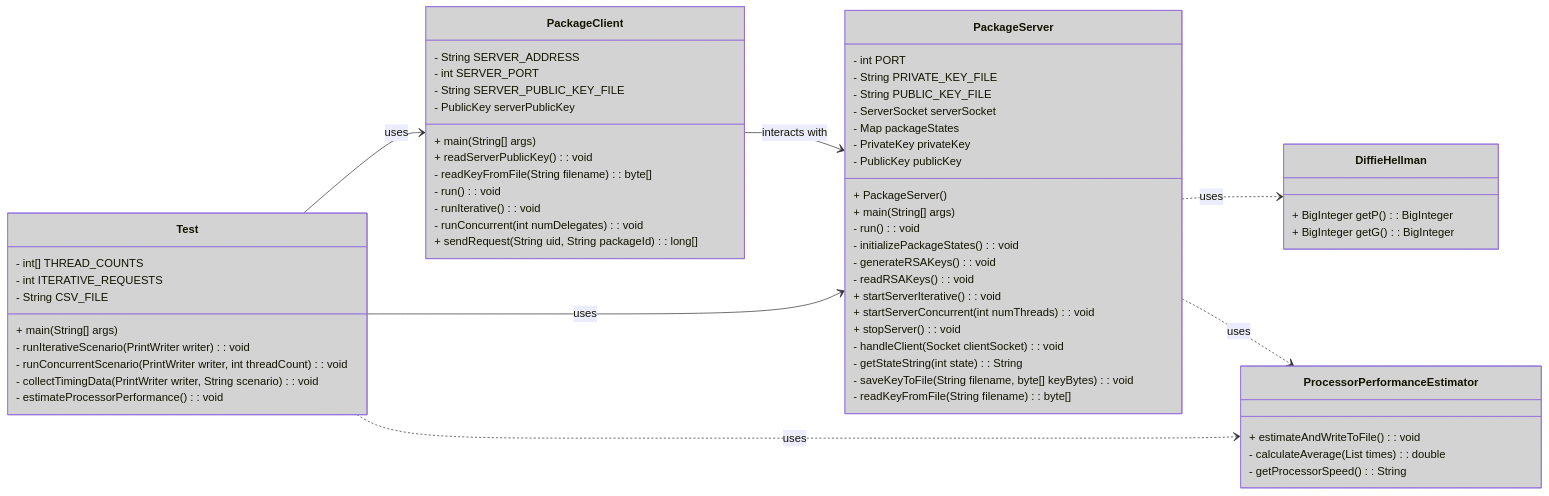
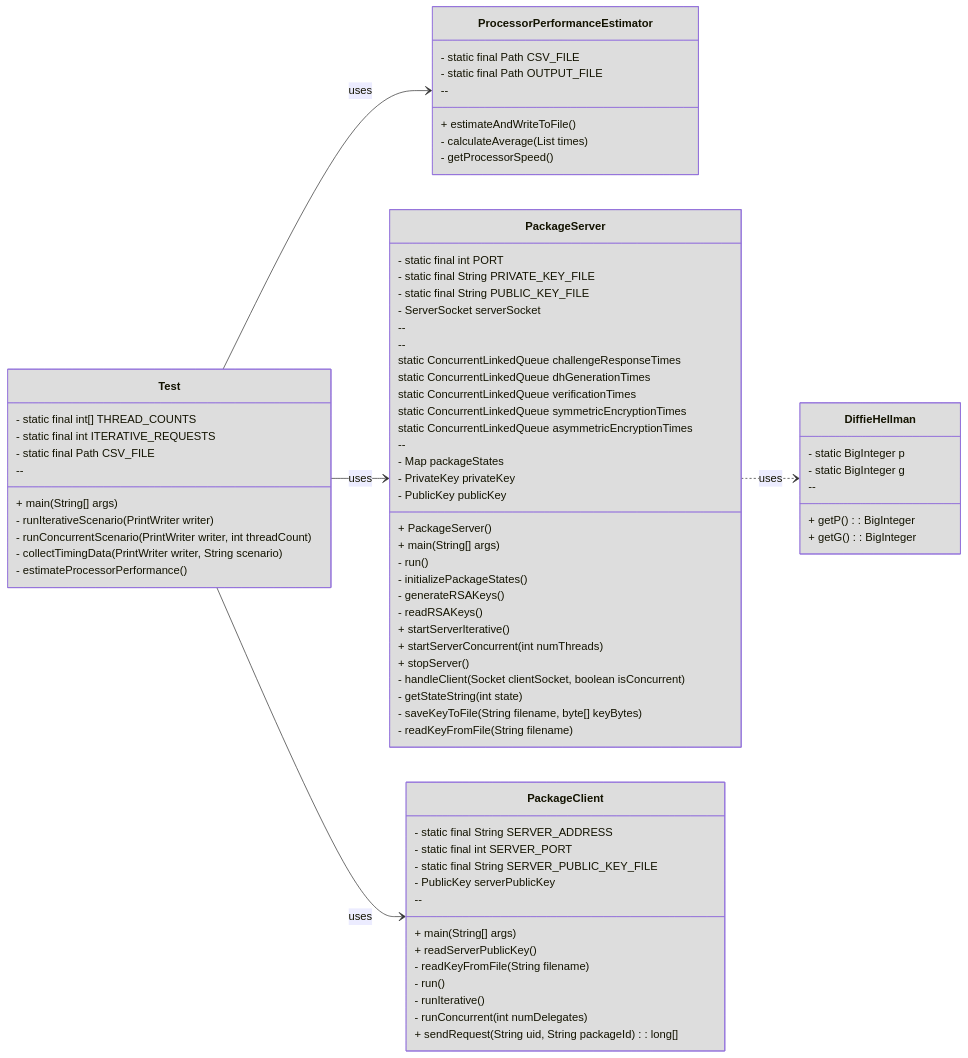
The diagram in README.md (jjdiazo1/SecurePackageTracking), drawn with Mermaid before and after one commit.

````diff
--- a/README.md
+++ b/README.md
@@ -4,75 +4,89 @@
 ```mermaid
 classDiagram
-    direction LR
-    class PackageClient {
-        - String SERVER_ADDRESS
-        - int SERVER_PORT
-        - String SERVER_PUBLIC_KEY_FILE
-        - PublicKey serverPublicKey
-        + main(String[] args)
-        + readServerPublicKey() : void
-        - readKeyFromFile(String filename) : byte[]
-        - run() : void
-        - runIterative() : void
-        - runConcurrent(int numDelegates) : void
-        + sendRequest(String uid, String packageId) : long[]
-    }
+direction LR
+class Test {
+    - static final int[] THREAD_COUNTS
+    - static final int ITERATIVE_REQUESTS
+    - static final Path CSV_FILE
+    --
+    + main(String[] args)
+    - runIterativeScenario(PrintWriter writer)
+    - runConcurrentScenario(PrintWriter writer, int threadCount)
+    - collectTimingData(PrintWriter writer, String scenario)
+    - estimateProcessorPerformance()
+}
+style Test fill:#DDDDDD
 
-    class PackageServer {
-        - int PORT
-        - String PRIVATE_KEY_FILE
-        - String PUBLIC_KEY_FILE
-        - ServerSocket serverSocket
-        - Map<String, Integer> packageStates
-        - PrivateKey privateKey
-        - PublicKey publicKey
-        + PackageServer()
-        + main(String[] args)
-        - run() : void
-        - initializePackageStates() : void
-        - generateRSAKeys() : void
-        - readRSAKeys() : void
-        + startServerIterative() : void
-        + startServerConcurrent(int numThreads) : void
-        + stopServer() : void
-        - handleClient(Socket clientSocket) : void
-        - getStateString(int state) : String
-        - saveKeyToFile(String filename, byte[] keyBytes) : void
-        - readKeyFromFile(String filename) : byte[]
-    }
+class ProcessorPerformanceEstimator {
+    - static final Path CSV_FILE
+    - static final Path OUTPUT_FILE
+    --
+    + estimateAndWriteToFile()
+    - calculateAverage(List<Long> times)
+    - getProcessorSpeed()
+}
+style ProcessorPerformanceEstimator fill:#DDDDDD
 
-    class DiffieHellman {
-        + BigInteger getP() : BigInteger
-        + BigInteger getG() : BigInteger
-    }
+class PackageServer {
+    - static final int PORT
+    - static final String PRIVATE_KEY_FILE
+    - static final String PUBLIC_KEY_FILE
+    - ServerSocket serverSocket
+    --
+    + PackageServer()
+    + main(String[] args)
+    - run()
+    - initializePackageStates()
+    - generateRSAKeys()
+    - readRSAKeys()
+    + startServerIterative()
+    + startServerConcurrent(int numThreads)
+    + stopServer()
+    - handleClient(Socket clientSocket, boolean isConcurrent)
+    - getStateString(int state)
+    - saveKeyToFile(String filename, byte[] keyBytes)
+    - readKeyFromFile(String filename)
+    --
+    static ConcurrentLinkedQueue<Long> challengeResponseTimes
+    static ConcurrentLinkedQueue<Long> dhGenerationTimes
+    static ConcurrentLinkedQueue<Long> verificationTimes
+    static ConcurrentLinkedQueue<Long> symmetricEncryptionTimes
+    static ConcurrentLinkedQueue<Long> asymmetricEncryptionTimes
+    --
+    - Map<String, Integer> packageStates
+    - PrivateKey privateKey
+    - PublicKey publicKey
+}
+style PackageServer fill:#DDDDDD
 
-    class ProcessorPerformanceEstimator {
-        + estimateAndWriteToFile() : void
-        - calculateAverage(List<Long> times) : double
-        - getProcessorSpeed() : String
-    }
+class PackageClient {
+    - static final String SERVER_ADDRESS
+    - static final int SERVER_PORT
+    - static final String SERVER_PUBLIC_KEY_FILE
+    - PublicKey serverPublicKey
+    --
+    + main(String[] args)
+    + readServerPublicKey()
+    - readKeyFromFile(String filename)
+    - run()
+    - runIterative()
+    - runConcurrent(int numDelegates)
+    + sendRequest(String uid, String packageId) : long[]
+}
+style PackageClient fill:#DDDDDD
 
-    class Test {
-        - int[] THREAD_COUNTS
-        - int ITERATIVE_REQUESTS
-        - String CSV_FILE
-        + main(String[] args)
-        - runIterativeScenario(PrintWriter writer) : void
-        - runConcurrentScenario(PrintWriter writer, int threadCount) : void
-        - collectTimingData(PrintWriter writer, String scenario) : void
-        - estimateProcessorPerformance() : void
-    }
+class DiffieHellman {
+    - static BigInteger p
+    - static BigInteger g
+    --
+    + getP() : BigInteger
+    + getG() : BigInteger
+}
+style DiffieHellman fill:#DDDDDD
 
-    PackageClient --> PackageServer : interacts with
-    PackageServer ..> DiffieHellman : uses
-    PackageServer ..> ProcessorPerformanceEstimator : uses
-    Test --> PackageClient : uses
-    Test --> PackageServer : uses
-    Test ..> ProcessorPerformanceEstimator : uses
+Test --> PackageServer : uses
+Test --> PackageClient : uses
+Test --> ProcessorPerformanceEstimator : uses
+PackageServer ..> DiffieHellman : uses
 
-    style PackageClient fill:#d3d3d3
-    style PackageServer fill:#d3d3d3
-    style DiffieHellman fill:#d3d3d3
-    style ProcessorPerformanceEstimator fill:#d3d3d3
-    style Test fill:#d3d3d3
 ```
````
